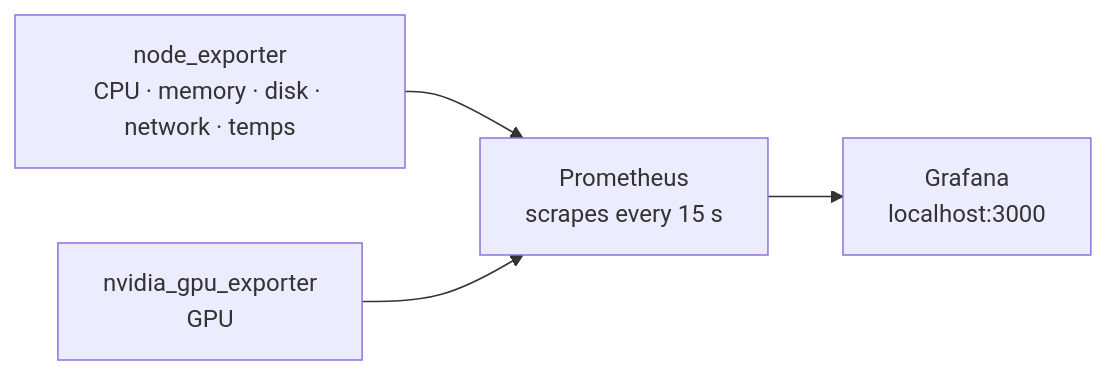
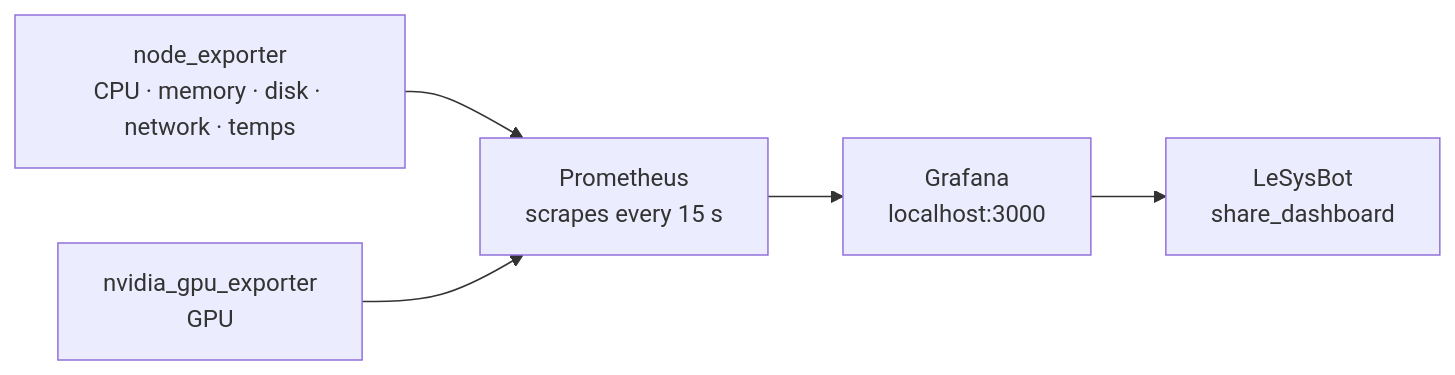
The diagram in dashboard/README.md (lesysbot/lesysbot), drawn with Mermaid before and after one commit. The commit also changed other lines of this file and 64 other files, not shown here.

````diff
--- a/dashboard/README.md
+++ b/dashboard/README.md
@@ -10,6 +10,7 @@
 ```mermaid
 flowchart LR
     ne["node_exporter<br>CPU · memory · disk · network · temps"] --> prom
     gpu["nvidia_gpu_exporter<br>GPU"] --> prom
     prom["Prometheus<br>scrapes every 15 s"] --> graf["Grafana<br>localhost:3000"]
+    graf --> bot["LeSysBot<br>share_dashboard"]
 ```
````
